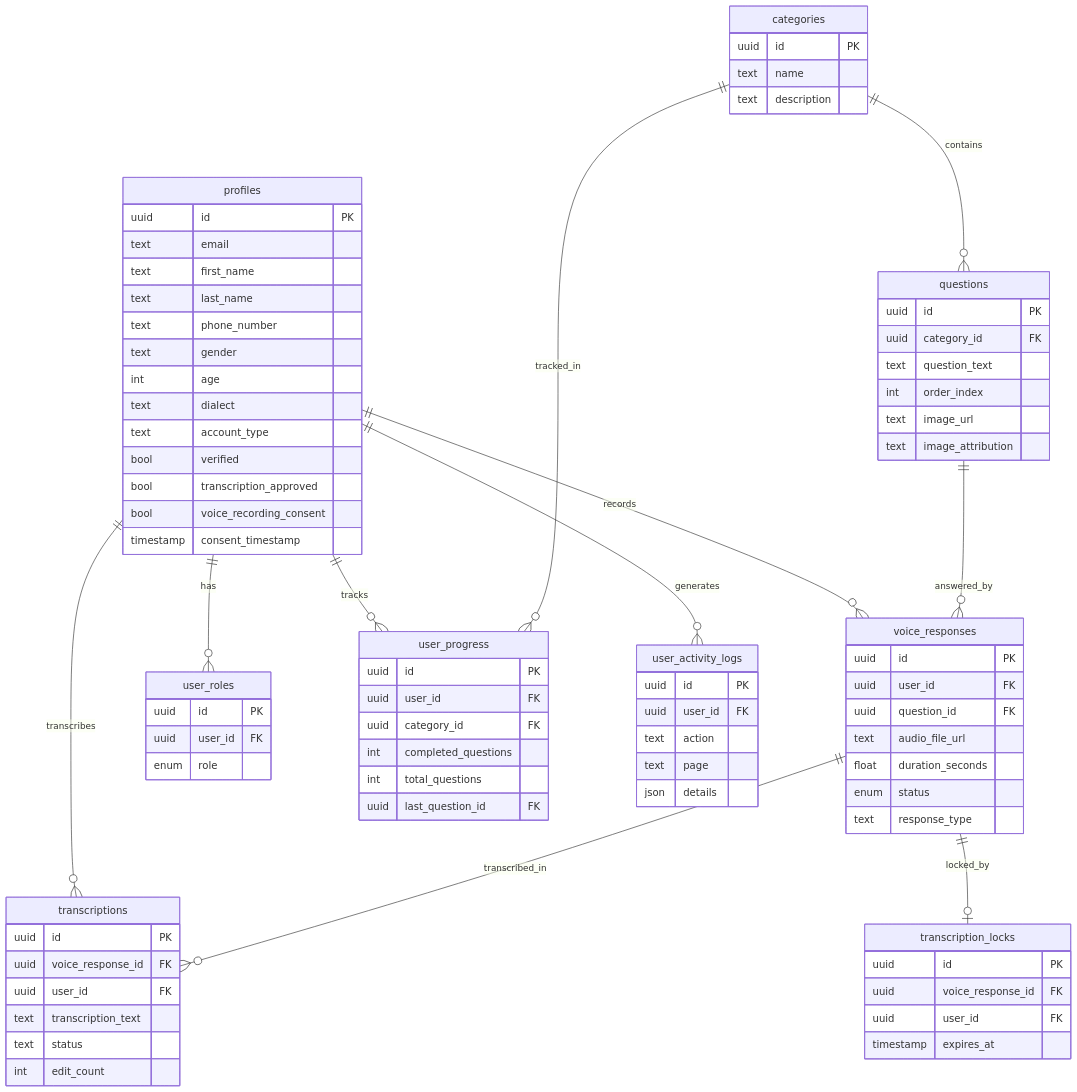
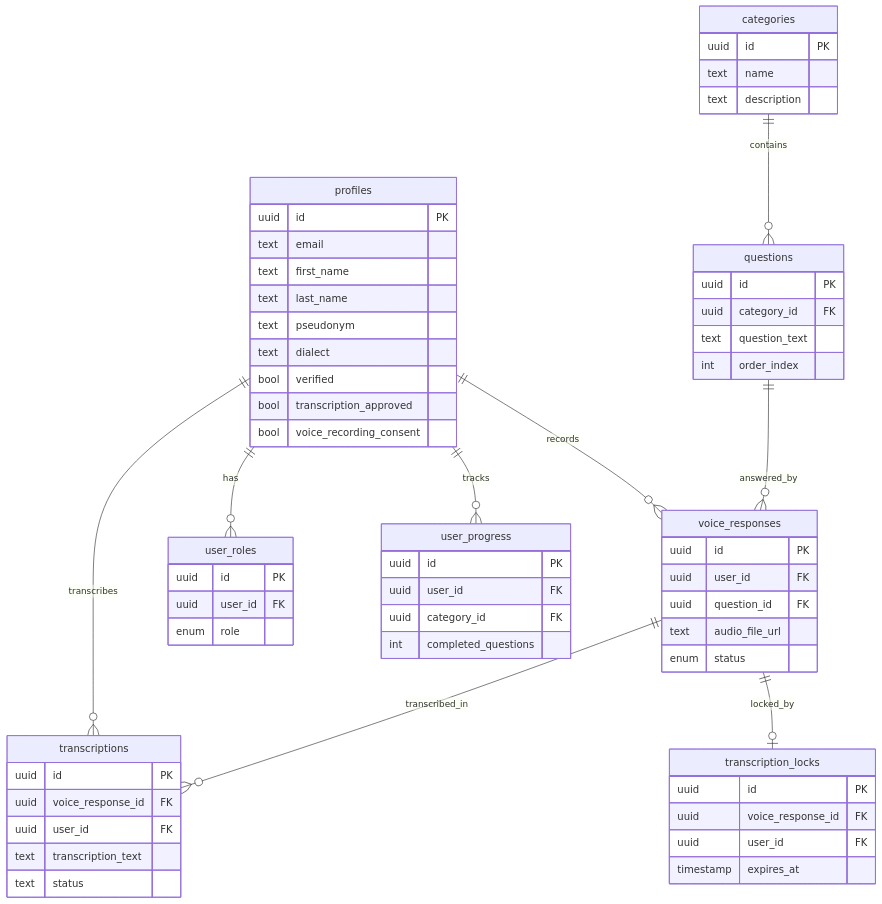
One commit to DeKUT-DSAIL/JasinaHub changed the second of 7 diagrams in README.md. Above: the diagram before and after it, drawn with Mermaid. The commit also changed other lines of this file and 2 other files, not shown here.

````diff
--- a/README.md
+++ b/README.md
@@ -167,15 +200,11 @@
     text email
     text first_name
     text last_name
-    text phone_number
-    text gender
-    int age
+    text pseudonym
     text dialect
-    text account_type
     bool verified
     bool transcription_approved
     bool voice_recording_consent
-    timestamp consent_timestamp
   }
 
   categories {
@@ -189,8 +218,6 @@
     uuid category_id FK
     text question_text
     int order_index
-    text image_url
-    text image_attribution
   }
 
   voice_responses {
@@ -198,9 +225,7 @@
     uuid user_id FK
     uuid question_id FK
     text audio_file_url
-    float duration_seconds
     enum status
-    text response_type
   }
 
   transcriptions {
@@ -209,7 +234,6 @@
     uuid user_id FK
     text transcription_text
     text status
-    int edit_count
   }
 
   transcription_locks {
@@ -230,26 +254,14 @@
     uuid user_id FK
     uuid category_id FK
     int completed_questions
-    int total_questions
-    uuid last_question_id FK
-  }
-
-  user_activity_logs {
-    uuid id PK
-    uuid user_id FK
-    text action
-    text page
-    json details
   }
 
   profiles ||--o{ voice_responses : "records"
   profiles ||--o{ transcriptions : "transcribes"
   profiles ||--o{ user_roles : "has"
   profiles ||--o{ user_progress : "tracks"
-  profiles ||--o{ user_activity_logs : "generates"
   categories ||--o{ questions : "contains"
   questions ||--o{ voice_responses : "answered_by"
   voice_responses ||--o{ transcriptions : "transcribed_in"
   voice_responses ||--o| transcription_locks : "locked_by"
-  categories ||--o{ user_progress : "tracked_in"
 ```
````
